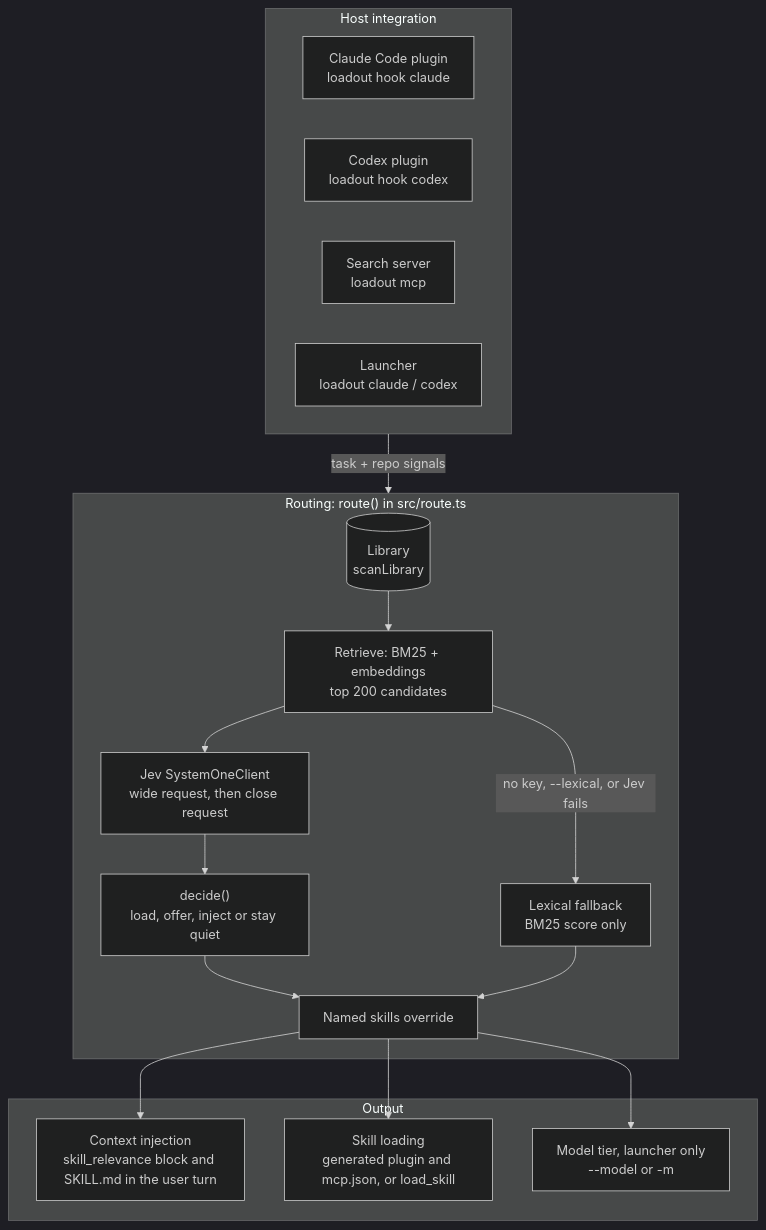
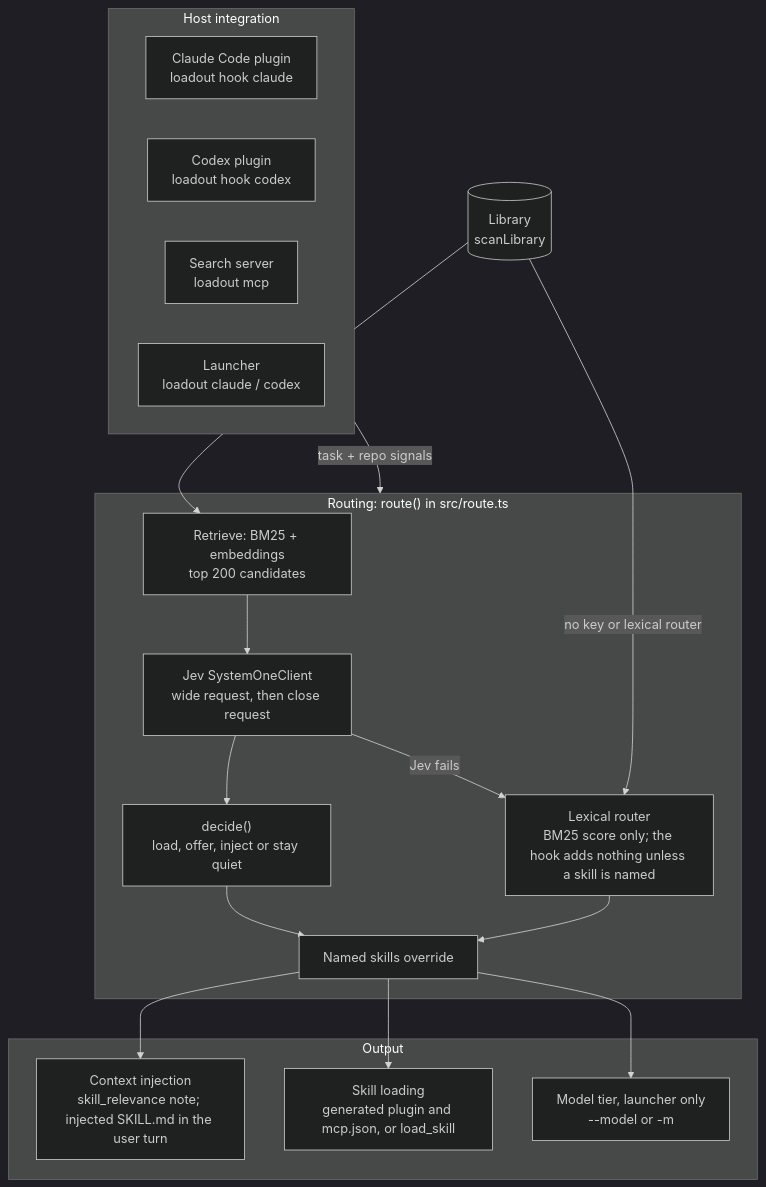
Before and after one commit to erik-hedstrom/loadout: the diagram in DESIGN.md, drawn with Mermaid (dark theme). The commit also changed other lines of this file and 1 other file, not shown here.

Commit message:
E6: fix diagram edges and labels from review
Lexical routing for no key or a lexical router returns before retrieval, and
Jev failure falls back after the Jev request, so each gets its own edge.
scanLibrary runs in the callers, so the library sits outside route(). The
context-injection label no longer claims the launcher uses the user turn for
the relevance note. BACKLOG links PR #29.

Claude-Session: https://claude.ai/code/session_01HuyR49tfEGYja23caRY2JK

````diff
--- a/DESIGN.md
+++ b/DESIGN.md
@@ -29,35 +29,37 @@
 ```mermaid
 flowchart TB
     subgraph host["Host integration"]
         CH["Claude Code plugin<br/>loadout hook claude"]
         XH["Codex plugin<br/>loadout hook codex"]
         MS["Search server<br/>loadout mcp"]
         LA["Launcher<br/>loadout claude / codex"]
     end
 
+    LIB[("Library<br/>scanLibrary")]
+
     subgraph routing["Routing: route() in src/route.ts"]
-        LIB[("Library<br/>scanLibrary")]
         RET["Retrieve: BM25 + embeddings<br/>top 200 candidates"]
         JEV["Jev SystemOneClient<br/>wide request, then close request"]
         DEC["decide()<br/>load, offer, inject or stay quiet"]
-        LEX["Lexical fallback<br/>BM25 score only"]
+        LEX["Lexical router<br/>BM25 score only; the hook adds nothing unless a skill is named"]
         MEN["Named skills override"]
-        LIB --> RET
         RET --> JEV
-        RET -->|"no key, --lexical, or Jev fails"| LEX
+        JEV -->|"Jev fails"| LEX
         JEV --> DEC
         DEC --> MEN
         LEX --> MEN
     end
 
     subgraph out["Output"]
-        CTX["Context injection<br/>skill_relevance block and SKILL.md in the user turn"]
+        CTX["Context injection<br/>skill_relevance note; injected SKILL.md in the user turn"]
         SKL["Skill loading<br/>generated plugin and mcp.json, or load_skill"]
         TIER["Model tier, launcher only<br/>--model or -m"]
     end
 
     host -->|"task + repo signals"| routing
+    LIB --> RET
+    LIB -->|"no key or lexical router"| LEX
     MEN --> CTX
     MEN --> SKL
     MEN --> TIER
 ```
````
